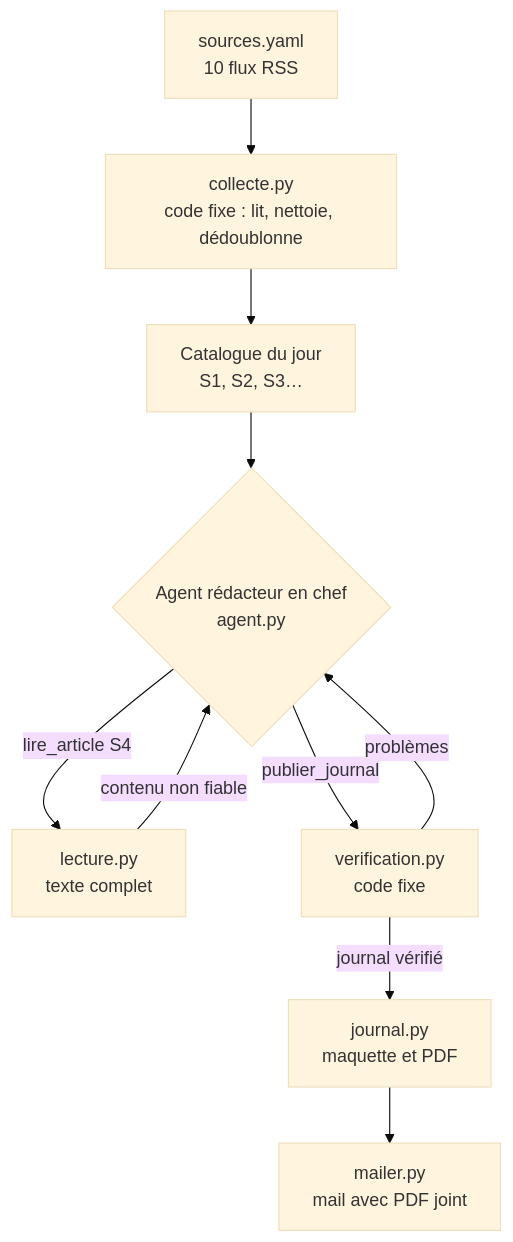
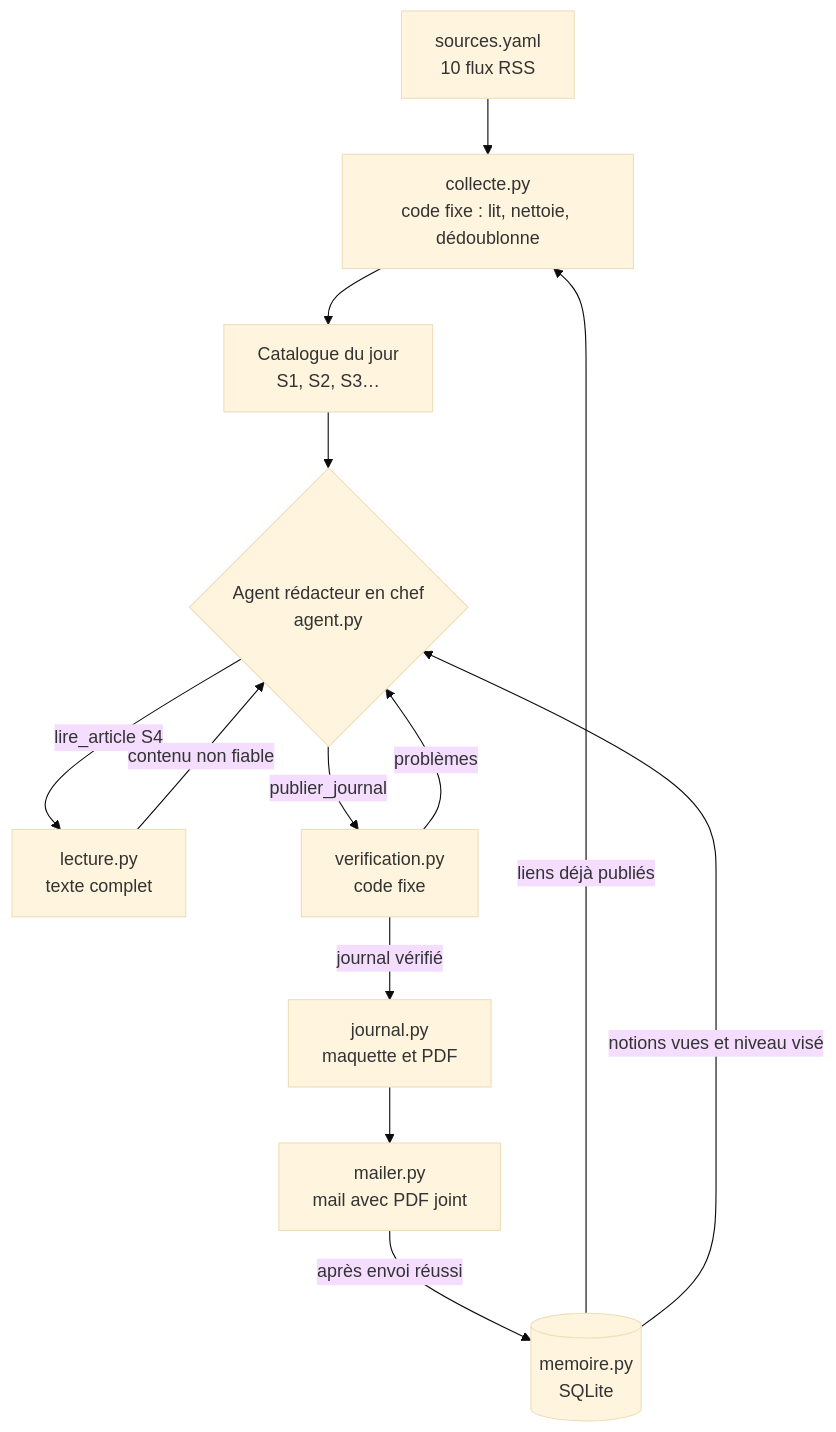
Before and after one commit to M0ricette/veille-cyber: the diagram in README.md, drawn with Mermaid (base theme). The commit also changed other lines of this file and 14 other files, not shown here.

First line of the commit message:
Mémoire : articles publiés, notions vues, progression de niveau

````diff
--- a/README.md
+++ b/README.md
@@ -15,12 +15,15 @@
 ```mermaid
 flowchart TD
     A[sources.yaml<br/>10 flux RSS] --> B[collecte.py<br/>code fixe : lit, nettoie, dédoublonne]
     B --> C[Catalogue du jour<br/>S1, S2, S3…]
+    M[(memoire.py<br/>SQLite)] -- liens déjà publiés --> B
+    M -- notions vues et niveau visé --> D
     C --> D{Agent rédacteur en chef<br/>agent.py}
     D -- lire_article S4 --> E[lecture.py<br/>texte complet]
     E -- contenu non fiable --> D
     D -- publier_journal --> F[verification.py<br/>code fixe]
     F -- problèmes --> D
     F -- journal vérifié --> G[journal.py<br/>maquette et PDF]
     G --> H[mailer.py<br/>mail avec PDF joint]
+    H -- après envoi réussi --> M
 ```
````
